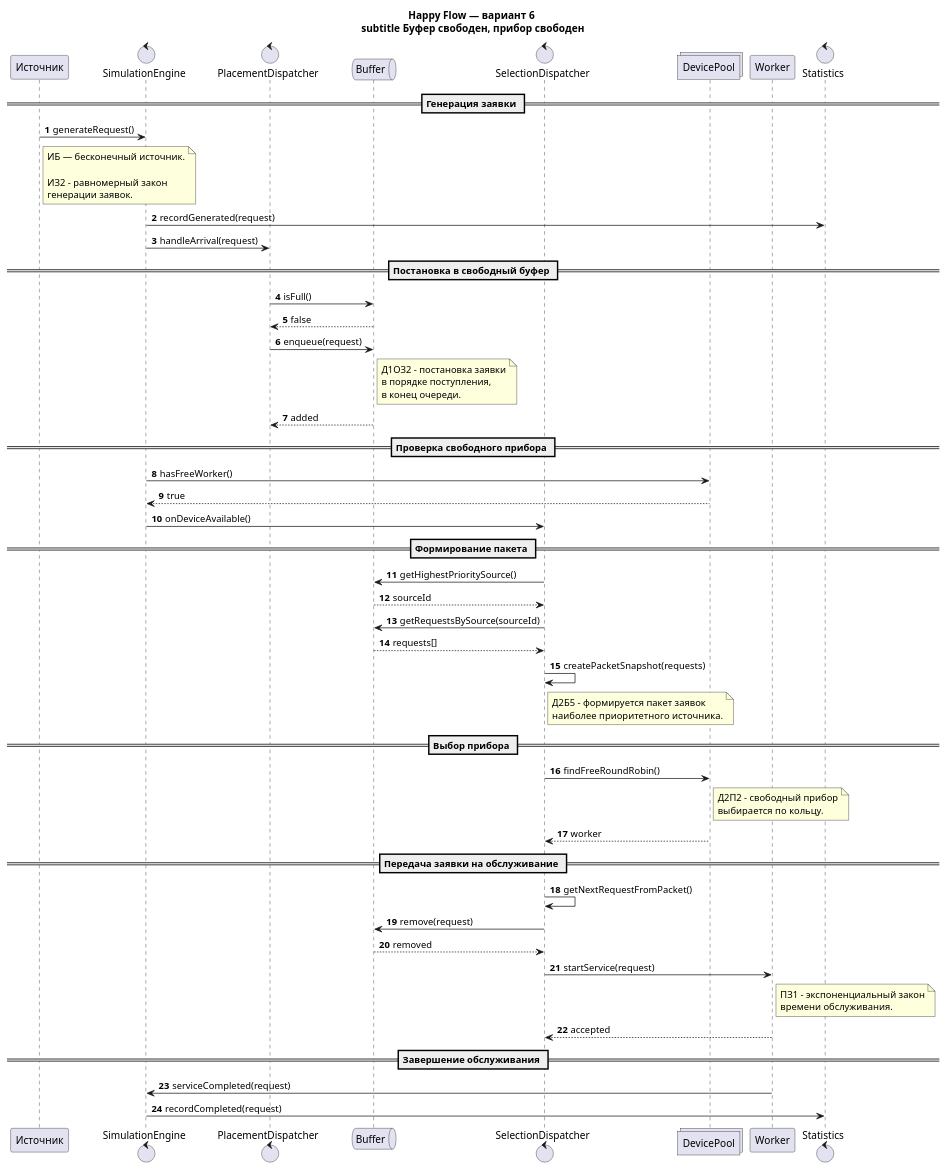
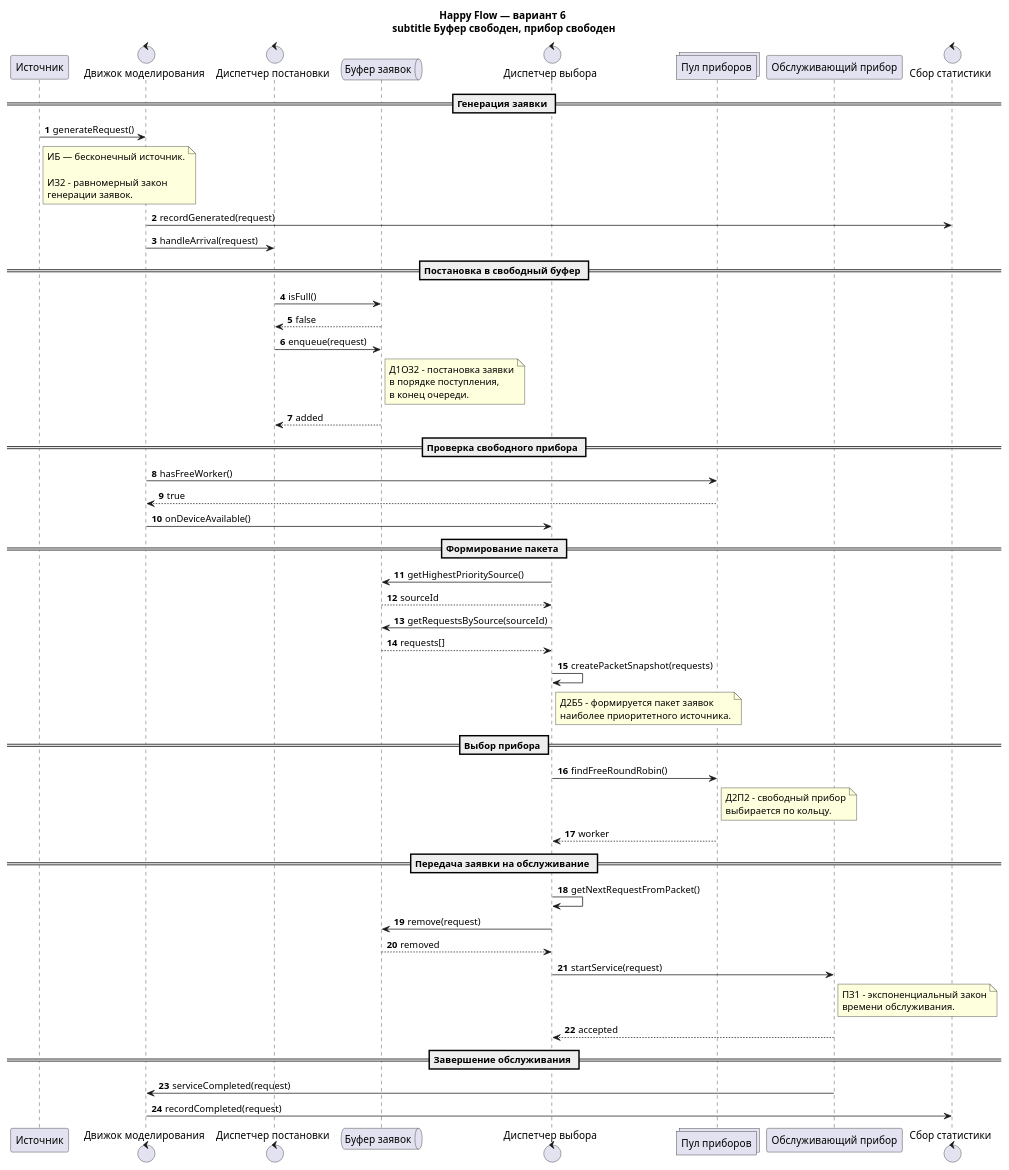
One commit to arcoirius/aps changed the diagram in 2 step/sequence/happy-flow.puml. Above: the diagram before and after it, drawn with PlantUML. The commit also changed 7 other files, not shown here.

```diff
--- a/2 step/sequence/happy-flow.puml
+++ b/2 step/sequence/happy-flow.puml
@@ -1,103 +1,103 @@
 @startuml title
 
 title Happy Flow — вариант 6 \nsubtitle Буфер свободен, прибор свободен
 
 skinparam backgroundColor #FFFFFF
 skinparam defaultFontColor #000000
 
 autonumber
 
 participant "Источник" as Source
-control "SimulationEngine" as Engine
-control "PlacementDispatcher" as PD
-queue "Buffer" as Buffer
-control "SelectionDispatcher" as SD
-collections "DevicePool" as Devices
-participant "Worker" as Worker
-control "Statistics" as Stats
+control "Движок моделирования" as Engine
+control "Диспетчер постановки" as PD
+queue "Буфер заявок" as Buffer
+control "Диспетчер выбора" as SD
+collections "Пул приборов" as Devices
+participant "Обслуживающий прибор" as Worker
+control "Сбор статистики" as Stats
 
 == Генерация заявки ==
 
 Source -> Engine: generateRequest()
 
 note right of Source
 ИБ — бесконечный источник.
 
 ИЗ2 - равномерный закон
 генерации заявок.
 end note
 
 Engine -> Stats: recordGenerated(request)
 
 Engine -> PD: handleArrival(request)
 
 == Постановка в свободный буфер ==
 
 PD -> Buffer: isFull()
 Buffer --> PD: false
 
 PD -> Buffer: enqueue(request)
 
 note right of Buffer
 Д1ОЗ2 - постановка заявки
 в порядке поступления,
 в конец очереди.
 end note
 
 Buffer --> PD: added
 
 == Проверка свободного прибора ==
 
 Engine -> Devices: hasFreeWorker()
 Devices --> Engine: true
 
 Engine -> SD: onDeviceAvailable()
 
 == Формирование пакета ==
 
 SD -> Buffer: getHighestPrioritySource()
 Buffer --> SD: sourceId
 
 SD -> Buffer: getRequestsBySource(sourceId)
 Buffer --> SD: requests[]
 
 SD -> SD: createPacketSnapshot(requests)
 
 note right of SD
 Д2Б5 - формируется пакет заявок
 наиболее приоритетного источника.
 end note
 
 == Выбор прибора ==
 
 SD -> Devices: findFreeRoundRobin()
 
 note right of Devices
 Д2П2 - свободный прибор
 выбирается по кольцу.
 end note
 
 Devices --> SD: worker
 
 == Передача заявки на обслуживание ==
 
 SD -> SD: getNextRequestFromPacket()
 
 SD -> Buffer: remove(request)
 Buffer --> SD: removed
 
 SD -> Worker: startService(request)
 
 note right of Worker
 ПЗ1 - экспоненциальный закон
 времени обслуживания.
 end note
 
 Worker --> SD: accepted
 
 == Завершение обслуживания ==
 
 Worker -> Engine: serviceCompleted(request)
 
 Engine -> Stats: recordCompleted(request)
 @enduml
```
